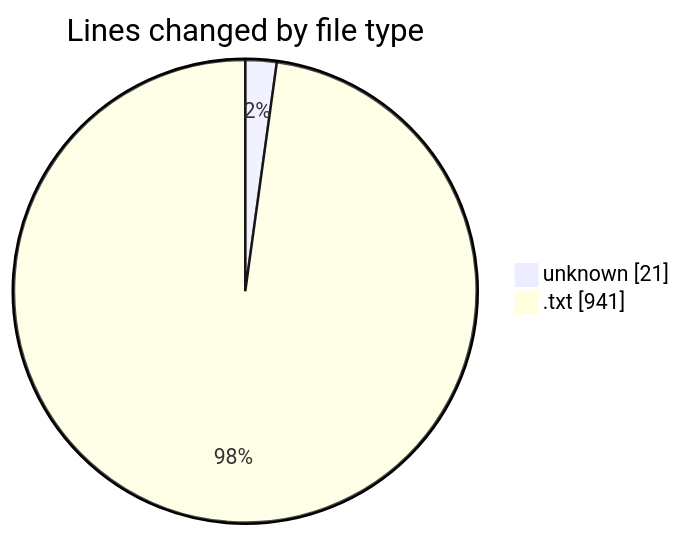
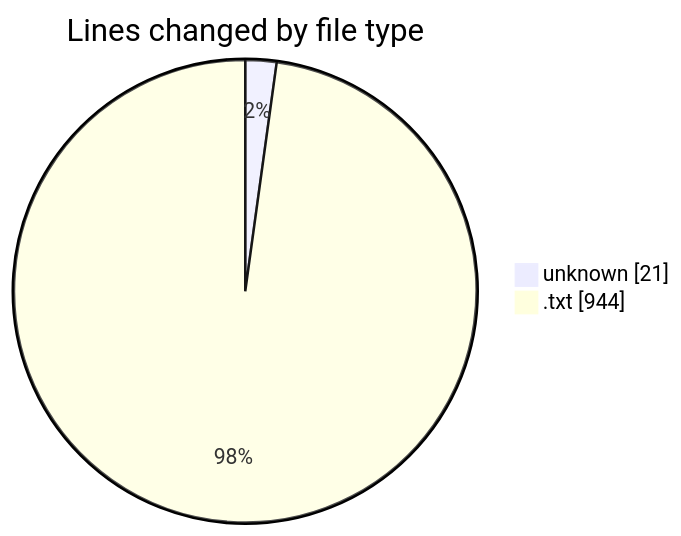
One commit to EIIisD/code-tracking changed the first of 2 diagrams in 2025-07-25/cutler/README.md. Above: the diagram before and after it, drawn with Mermaid. The commit also changed other lines of this file and 1 other file, not shown here.

````diff
--- a/2025-07-25/cutler/README.md
+++ b/2025-07-25/cutler/README.md
@@ -30,6 +30,6 @@
 ```mermaid
 pie showData
 title Lines changed by file type
 "unknown" : 21
-".txt" : 941
+".txt" : 944
 ```
````
